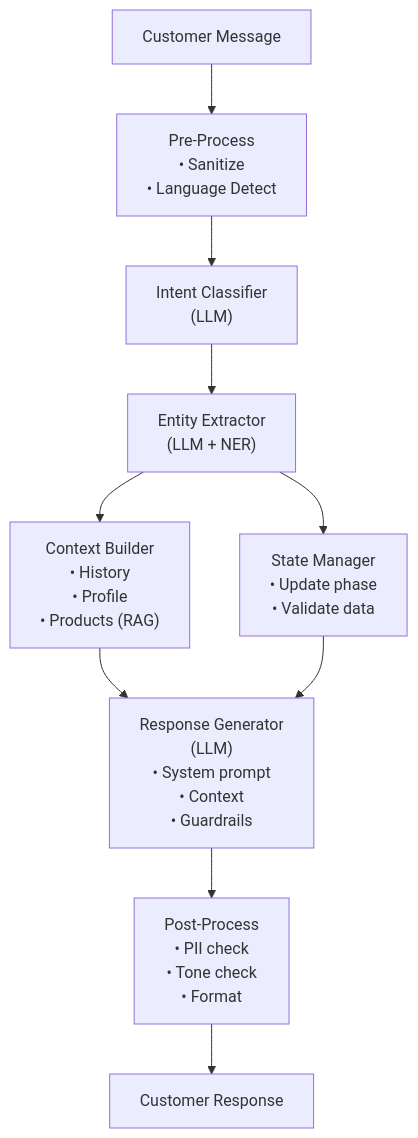
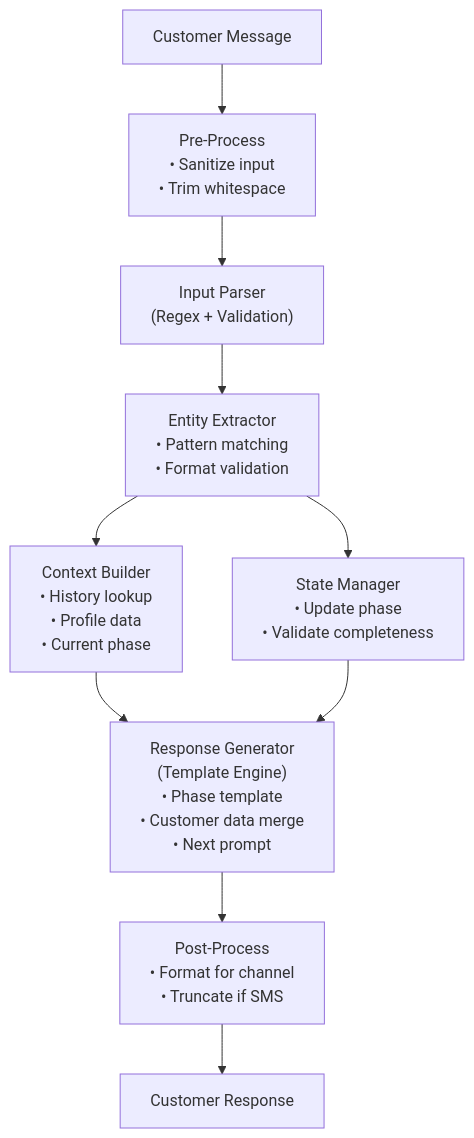
One commit to Cognition-Partner-Workshops/uc-framework-upgrade-monolith-to-microservices changed the tenth of 14 diagrams in docs/design/02-high-level-design.md. Above: the diagram before and after it, drawn with Mermaid. The commit also changed other lines of this file and 4 other files, not shown here.

````diff
--- a/docs/design/02-high-level-design.md
+++ b/docs/design/02-high-level-design.md
@@ -424,22 +414,22 @@
 ```mermaid
 flowchart TD
     INPUT["Customer Message"]
-    PRE["Pre-Process<br/>• Sanitize<br/>• Language Detect"]
-    INTENT["Intent Classifier<br/>(LLM)"]
-    ENTITY["Entity Extractor<br/>(LLM + NER)"]
-    CTX["Context Builder<br/>• History<br/>• Profile<br/>• Products (RAG)"]
-    STATE["State Manager<br/>• Update phase<br/>• Validate data"]
-    RESP["Response Generator<br/>(LLM)<br/>• System prompt<br/>• Context<br/>• Guardrails"]
-    POST["Post-Process<br/>• PII check<br/>• Tone check<br/>• Format"]
+    PRE["Pre-Process<br/>• Sanitize input<br/>• Trim whitespace"]
+    PARSE["Input Parser<br/>(Regex + Validation)"]
+    EXTRACT["Entity Extractor<br/>• Pattern matching<br/>• Format validation"]
+    CTX["Context Builder<br/>• History lookup<br/>• Profile data<br/>• Current phase"]
+    STATE["State Manager<br/>• Update phase<br/>• Validate completeness"]
+    RESP["Response Generator<br/>(Template Engine)<br/>• Phase template<br/>• Customer data merge<br/>• Next prompt"]
+    POST["Post-Process<br/>• Format for channel<br/>• Truncate if SMS"]
     OUTPUT["Customer Response"]
 
     INPUT --> PRE
-    PRE --> INTENT
-    INTENT --> ENTITY
-    ENTITY --> CTX
-    ENTITY --> STATE
+    PRE --> PARSE
+    PARSE --> EXTRACT
+    EXTRACT --> CTX
+    EXTRACT --> STATE
     CTX --> RESP
     STATE --> RESP
     RESP --> POST
     POST --> OUTPUT
 ```
````
